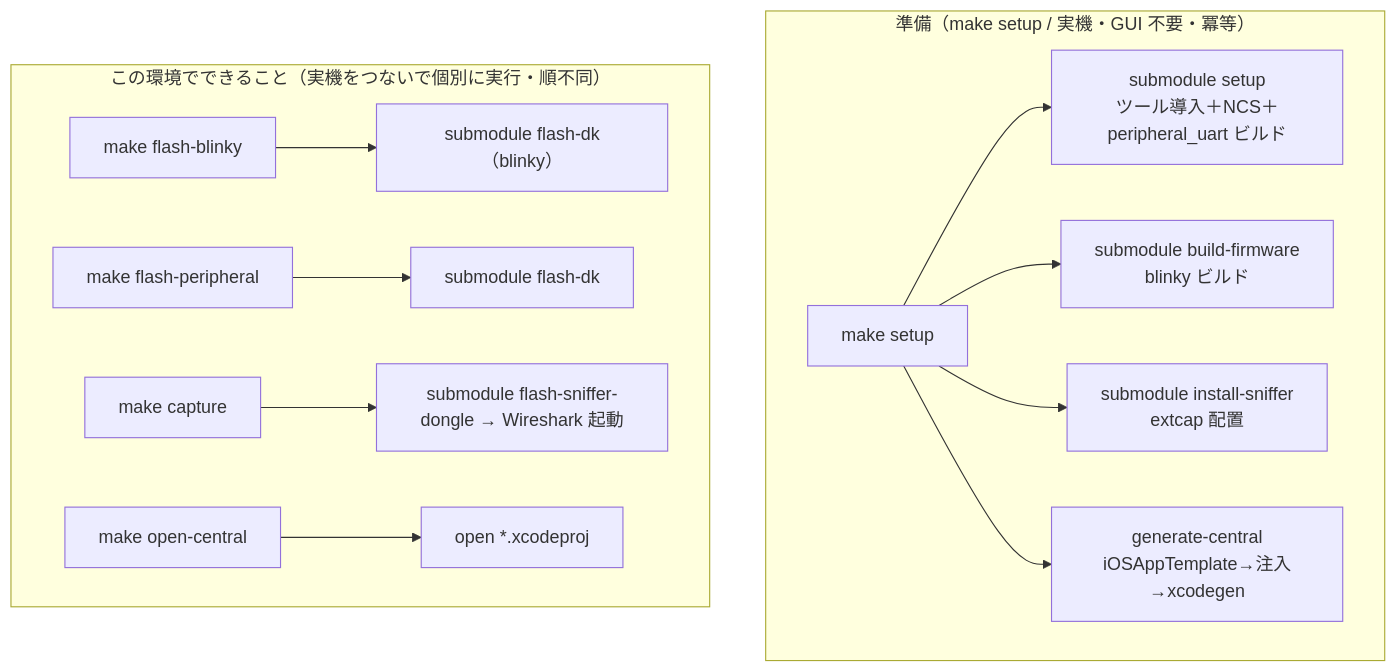
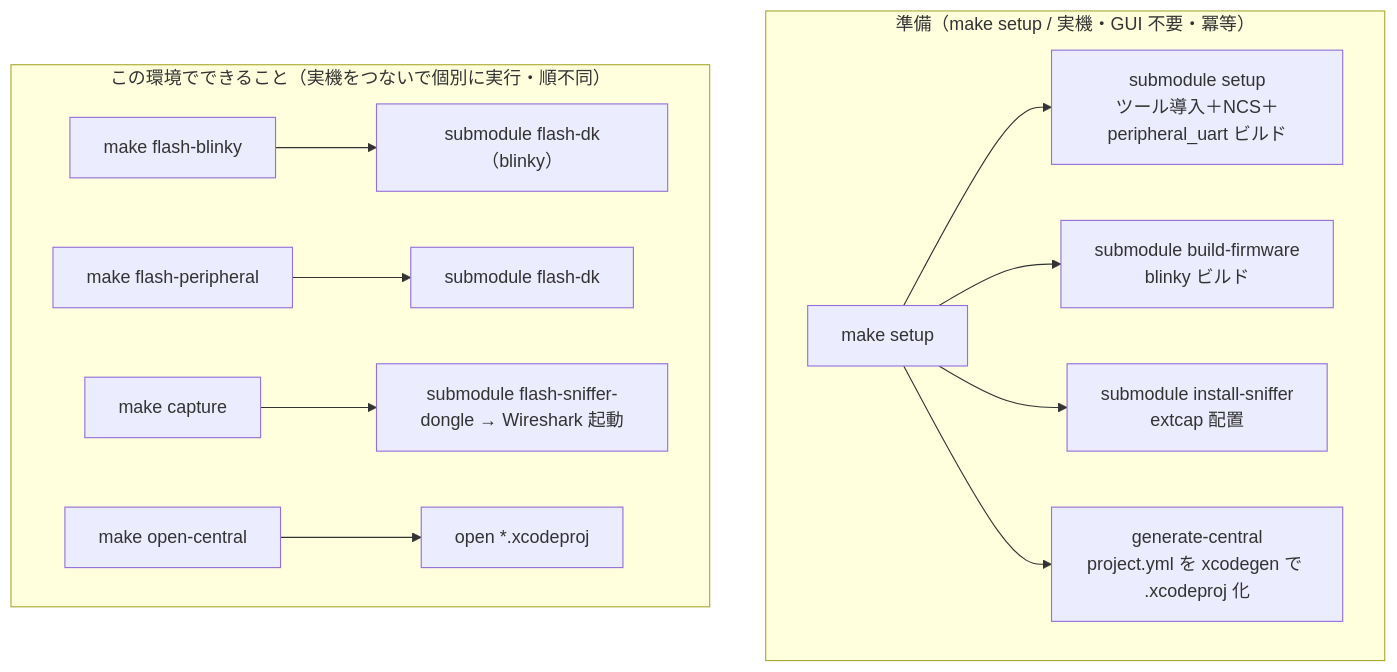
Before and after one commit to kokiTakashiki/CoreBluetoothDevelopmentBootstrap: the fourth of 4 diagrams in docs/DESIGN-001.md, drawn with Mermaid. The commit also changed other lines of this file and 10 other files, not shown here.

First line of the commit message:
refactor(central): iOSAppTemplate への実行時依存を削除（project.yml＋Swift を固定）

````diff
--- a/docs/DESIGN-001.md
+++ b/docs/DESIGN-001.md
@@ -242,17 +243,17 @@
 ```mermaid
 graph TD
     subgraph build["準備（make setup / 実機・GUI 不要・冪等）"]
         setup["make setup"]
         setup --> s1["submodule setup<br/>ツール導入＋NCS＋peripheral_uart ビルド"]
         setup --> s2["submodule build-firmware<br/>blinky ビルド"]
         setup --> s3["submodule install-sniffer<br/>extcap 配置"]
-        setup --> s4["generate-central<br/>iOSAppTemplate→注入→xcodegen"]
+        setup --> s4["generate-central<br/>project.yml を xcodegen で .xcodeproj 化"]
     end
 
     subgraph play["この環境でできること（実機をつないで個別に実行・順不同）"]
         fb["make flash-blinky"] --> p1["submodule flash-dk（blinky）"]
         fp["make flash-peripheral"] --> p2["submodule flash-dk"]
         cap["make capture"] --> p3["submodule flash-sniffer-dongle → Wireshark 起動"]
         oc["make open-central"] --> p4["open *.xcodeproj"]
     end
 ```
````
